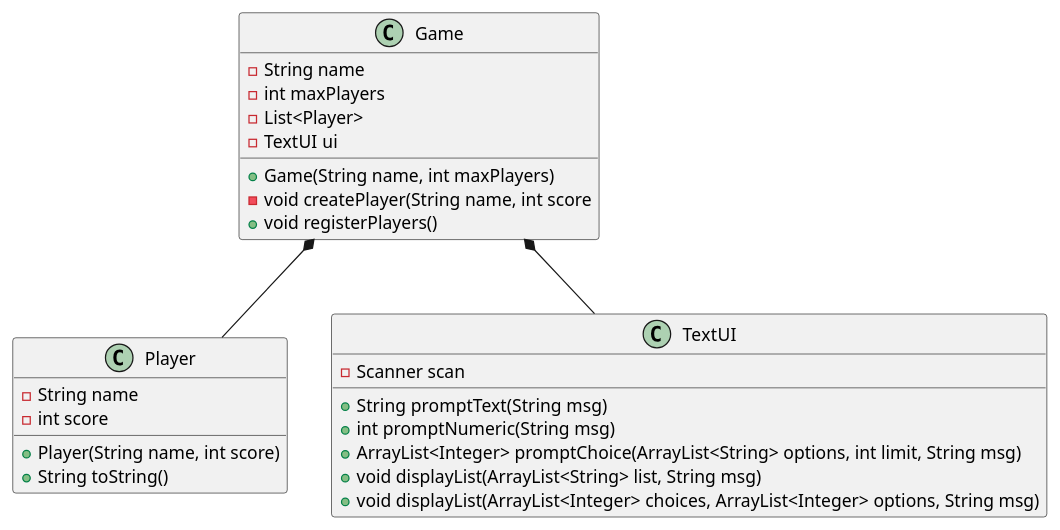
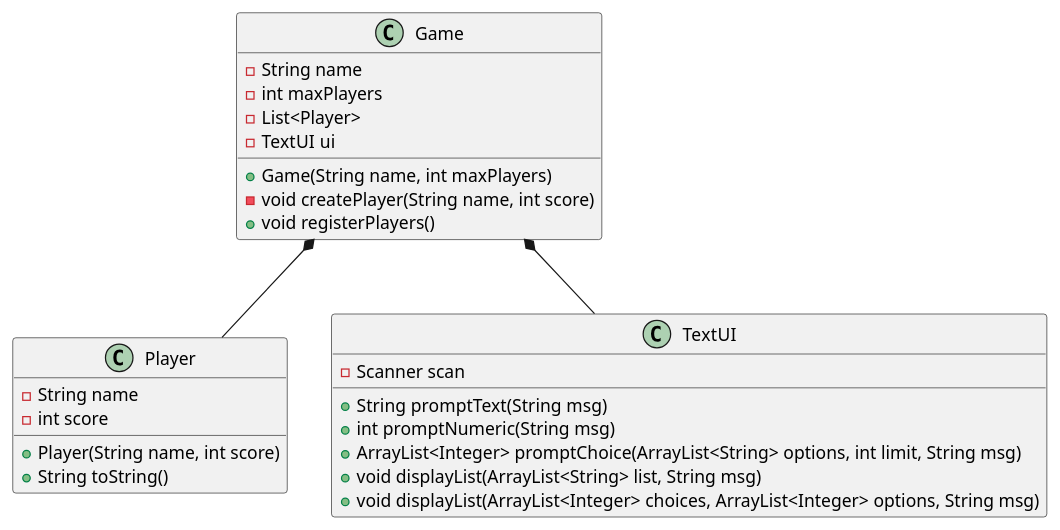
The diagram in Doc/classdiagram_v2.puml (Dat1Cphbusiness/Game), drawn with PlantUML before and after one commit. The commit also changed 1 other file, not shown here.

```diff
--- a/Doc/classdiagram_v2.puml
+++ b/Doc/classdiagram_v2.puml
@@ -1,49 +1,49 @@
 @startuml
 'https://plantuml.com/class-diagram
 
 class Game
 class Player
 
 
 Game *-- Player
 Game *-- TextUI
 
 'Game *-- FileIO
 
 
 
 class Game {
 - String name
 - int maxPlayers
 - List<Player>
 - TextUI ui
 '- FileIO io
 + Game(String name, int maxPlayers)
-- void createPlayer(String name, int score
+- void createPlayer(String name, int score)
 + void registerPlayers()
 '+ void registerPlayers(String path)
 '+ void endSession()
 
 }
 class Player {
 - String name
 - int score
 + Player(String name, int score)
 + String toString()
 }
 
 class TextUI {
 - Scanner scan
 ' shows a message and returns the user's input as a String
 + String promptText(String msg)
 ' shows a message and returns the user's input as an integer
 + int promptNumeric(String msg)
 ' shows the options, promts for choices until limit is reached, and returns the user's choices as a list
 + ArrayList<Integer> promptChoice(ArrayList<String> options, int limit, String msg)
 ' shows a message and lists the content of a list
 + void displayList(ArrayList<String> list, String msg)
 + void displayList(ArrayList<Integer> choices, ArrayList<Integer> options, String msg)
 }
 
 
 @enduml
```
